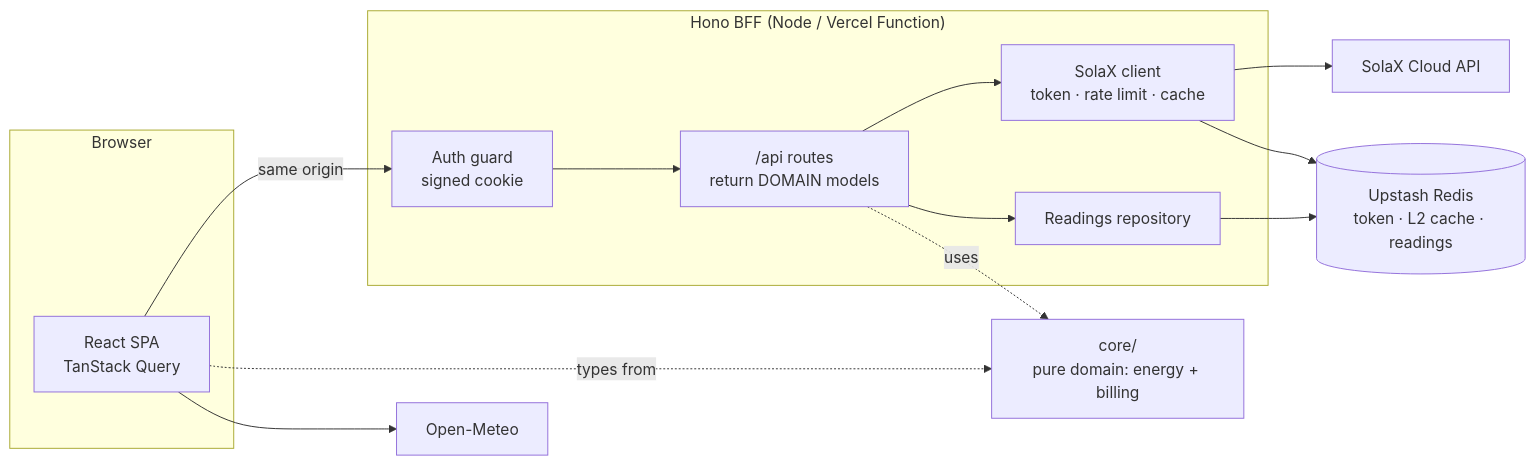
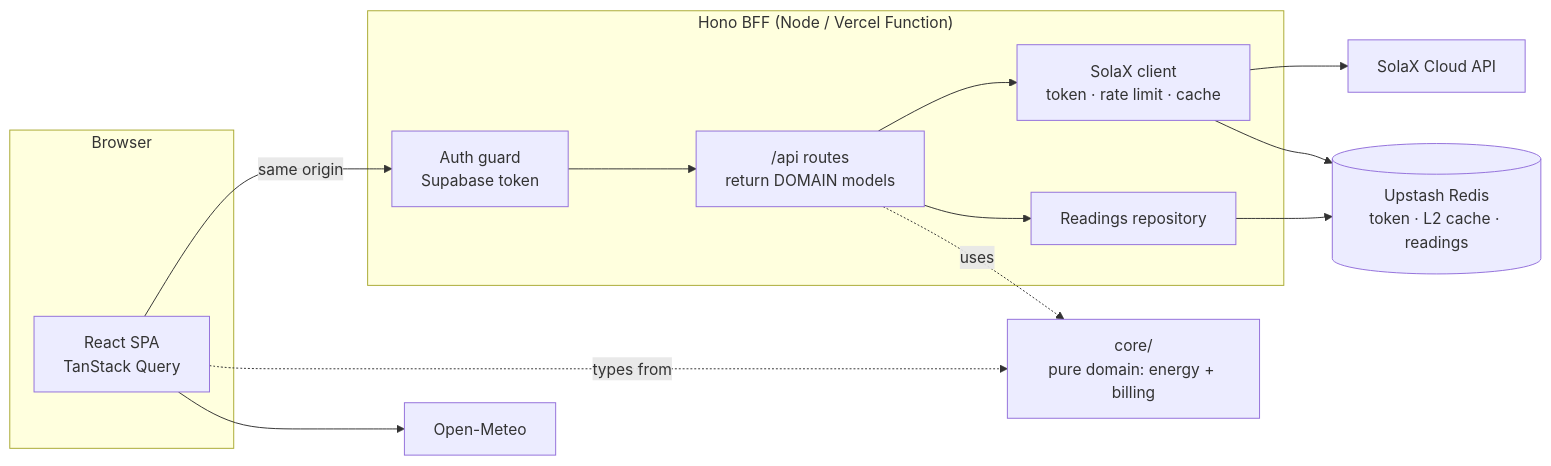
One commit to fer-araujo/solarpanel-system changed the diagram in README.md. Above: the diagram before and after it, drawn with Mermaid. The commit also changed other lines of this file and 13 other files, not shown here.

First line of the commit message:
feat(auth): replace env credentials with Supabase Auth

````diff
--- a/README.md
+++ b/README.md
@@ -53,26 +53,26 @@
 ```mermaid
 flowchart LR
     subgraph Browser
         SPA["React SPA<br/>TanStack Query"]
     end
 
     subgraph Server["Hono BFF (Node / Vercel Function)"]
-        AUTH["Auth guard<br/>signed cookie"]
+        AUTH["Auth guard<br/>Supabase token"]
         ROUTES["/api routes<br/>return DOMAIN models"]
         SOLAX["SolaX client<br/>token · rate limit · cache"]
         READ["Readings repository"]
     end
 
     CORE["core/<br/>pure domain: energy + billing"]
     KV[("Upstash Redis<br/>token · L2 cache · readings")]
     API["SolaX Cloud API"]
     METEO["Open-Meteo"]
 
     SPA -->|same origin| AUTH --> ROUTES
     ROUTES --> SOLAX --> API
     ROUTES --> READ --> KV
     SOLAX --> KV
     ROUTES -. uses .-> CORE
     SPA -. types from .-> CORE
     SPA --> METEO
 ```
````
